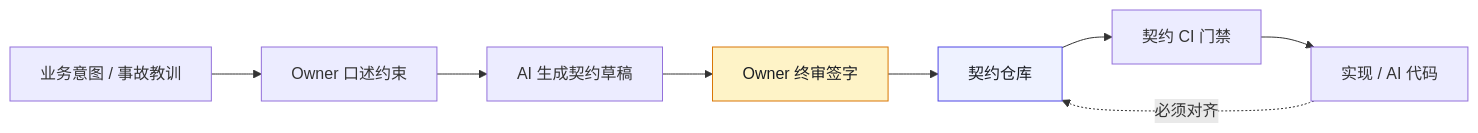
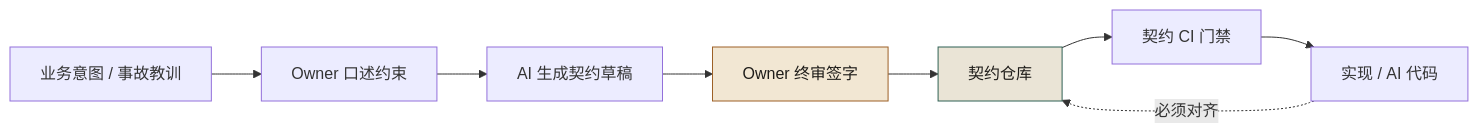
One commit to funny8kids/AI_Native_Software_Engineering changed the first of 3 diagrams in docs/manuscript/ch14-第9章-契约先行.md. Above: the diagram before and after it, drawn with Mermaid. The commit also changed other lines of this file and 81 other files, not shown here.

````diff
--- a/docs/manuscript/ch14-第9章-契约先行.md
+++ b/docs/manuscript/ch14-第9章-契约先行.md
@@ -42,12 +42,12 @@
 ```mermaid
 flowchart LR
   INTENT[业务意图 / 事故教训] --> DRAFT[Owner 口述约束]
   DRAFT --> AID[AI 生成契约草稿]
   AID --> REV[Owner 终审签字]
   REV --> REPO[契约仓库]
   REPO --> CI[契约 CI 门禁]
   CI --> IMPL[实现 / AI 代码]
   IMPL -.必须对齐.-> REPO
-  style REV fill:#fef3c7,stroke:#d97706,color:#1a1d23
-  style REPO fill:#eef2ff,stroke:#4f46e5,color:#1a1d23
+  style REV fill:#f2e7d3,stroke:#9d6127,color:#1e1c19
+  style REPO fill:#eae4d6,stroke:#2f6154,color:#1e1c19
 ```
````
